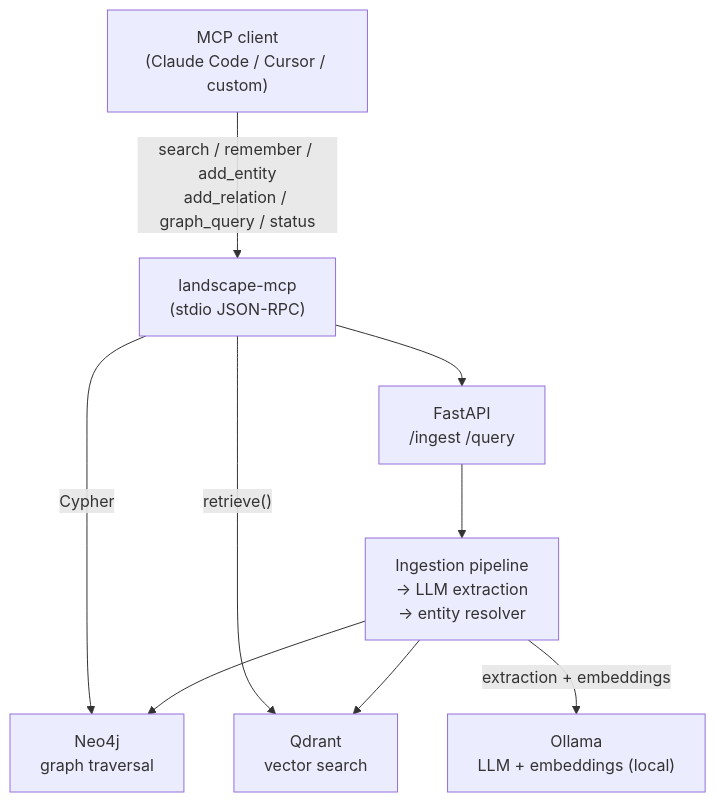
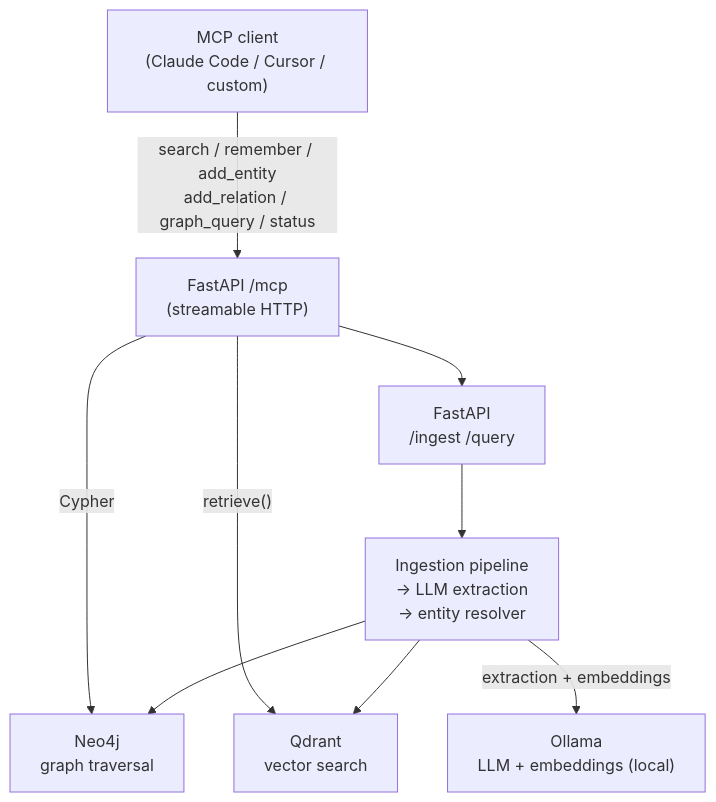
Before and after one commit to ben-kahl/landscape: the diagram in README.md, drawn with Mermaid. The commit also changed other lines of this file and 6 other files, not shown here.

````diff
--- a/README.md
+++ b/README.md
@@ -42,19 +42,19 @@
 ```mermaid
 graph TD
     Client["MCP client\n(Claude Code / Cursor / custom)"]
-    MCP["landscape-mcp\n(stdio JSON-RPC)"]
+    MCP["FastAPI /mcp\n(streamable HTTP)"]
     API["FastAPI\n/ingest  /query"]
     Pipeline["Ingestion pipeline\n→ LLM extraction\n→ entity resolver"]
     Neo4j["Neo4j\ngraph traversal"]
     Qdrant["Qdrant\nvector search"]
     Ollama["Ollama\nLLM + embeddings (local)"]
 
     Client -->|"search / remember / add_entity\nadd_relation / graph_query / status"| MCP
     MCP --> API
     API --> Pipeline
     Pipeline --> Neo4j
     Pipeline --> Qdrant
     Pipeline -->|"extraction + embeddings"| Ollama
     MCP -->|"retrieve()"| Qdrant
     MCP -->|"Cypher"| Neo4j
 ```
````
